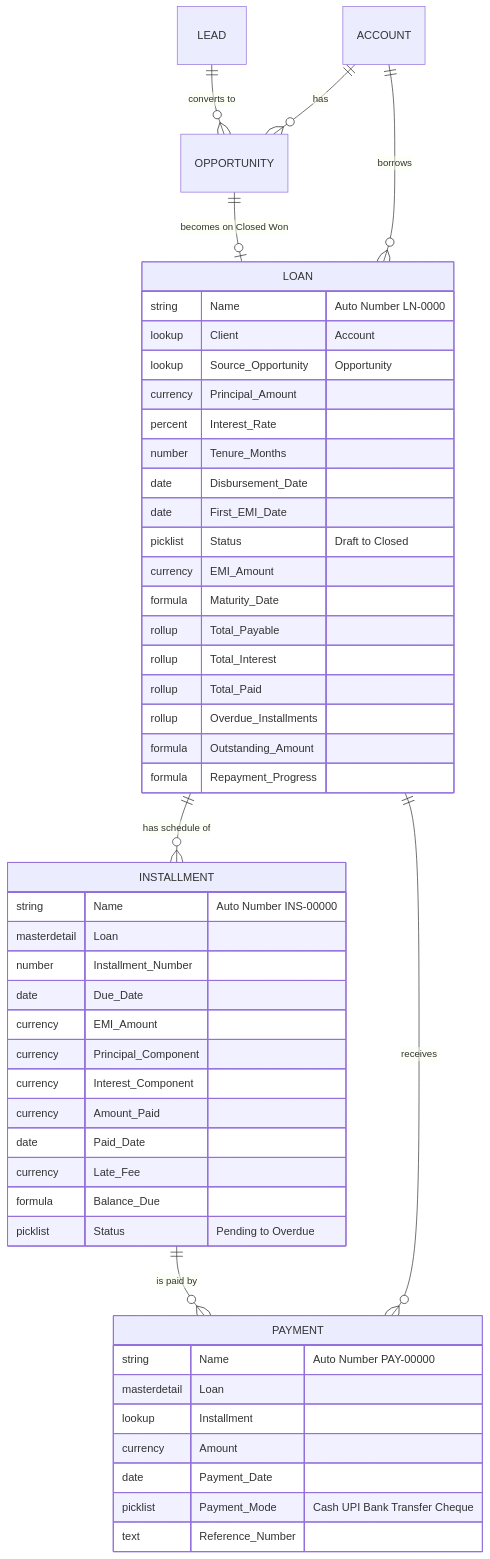
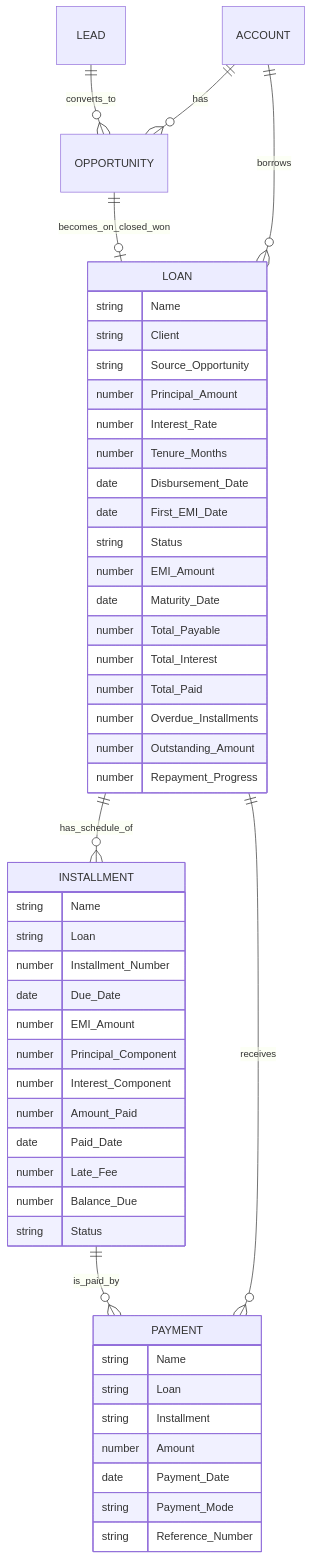
Before and after one commit to gowshilvijay26/loantrack-salesforce: the third of 3 diagrams in README.md, drawn with Mermaid.

Commit message:
Simplify ERD diagram for GitHub Mermaid rendering

````diff
--- a/README.md
+++ b/README.md
@@ -127,55 +127,55 @@
 ```mermaid
 erDiagram
-    LEAD ||--o{ OPPORTUNITY : "converts to"
-    ACCOUNT ||--o{ OPPORTUNITY : "has"
-    ACCOUNT ||--o{ LOAN : "borrows"
-    OPPORTUNITY ||--o| LOAN : "becomes on Closed Won"
-    LOAN ||--o{ INSTALLMENT : "has schedule of"
-    LOAN ||--o{ PAYMENT : "receives"
-    INSTALLMENT ||--o{ PAYMENT : "is paid by"
+    LEAD ||--o{ OPPORTUNITY : converts_to
+    ACCOUNT ||--o{ OPPORTUNITY : has
+    ACCOUNT ||--o{ LOAN : borrows
+    OPPORTUNITY ||--o| LOAN : becomes_on_closed_won
+    LOAN ||--o{ INSTALLMENT : has_schedule_of
+    LOAN ||--o{ PAYMENT : receives
+    INSTALLMENT ||--o{ PAYMENT : is_paid_by
 
     LOAN {
-        string Name "Auto Number LN-0000"
-        lookup Client "Account"
-        lookup Source_Opportunity "Opportunity"
-        currency Principal_Amount
-        percent Interest_Rate
+        string Name
+        string Client
+        string Source_Opportunity
+        number Principal_Amount
+        number Interest_Rate
         number Tenure_Months
         date Disbursement_Date
         date First_EMI_Date
-        picklist Status "Draft to Closed"
-        currency EMI_Amount
-        formula Maturity_Date
-        rollup Total_Payable
-        rollup Total_Interest
-        rollup Total_Paid
-        rollup Overdue_Installments
-        formula Outstanding_Amount
-        formula Repayment_Progress
+        string Status
+        number EMI_Amount
+        date Maturity_Date
+        number Total_Payable
+        number Total_Interest
+        number Total_Paid
+        number Overdue_Installments
+        number Outstanding_Amount
+        number Repayment_Progress
     }
 
     INSTALLMENT {
-        string Name "Auto Number INS-00000"
-        masterdetail Loan
+        string Name
+        string Loan
         number Installment_Number
         date Due_Date
-        currency EMI_Amount
-        currency Principal_Component
-        currency Interest_Component
-        currency Amount_Paid
+        number EMI_Amount
+        number Principal_Component
+        number Interest_Component
+        number Amount_Paid
         date Paid_Date
-        currency Late_Fee
-        formula Balance_Due
-        picklist Status "Pending to Overdue"
+        number Late_Fee
+        number Balance_Due
+        string Status
     }
 
     PAYMENT {
-        string Name "Auto Number PAY-00000"
-        masterdetail Loan
-        lookup Installment
-        currency Amount
+        string Name
+        string Loan
+        string Installment
+        number Amount
         date Payment_Date
-        picklist Payment_Mode "Cash UPI Bank Transfer Cheque"
-        text Reference_Number
+        string Payment_Mode
+        string Reference_Number
     }
 ```
````
